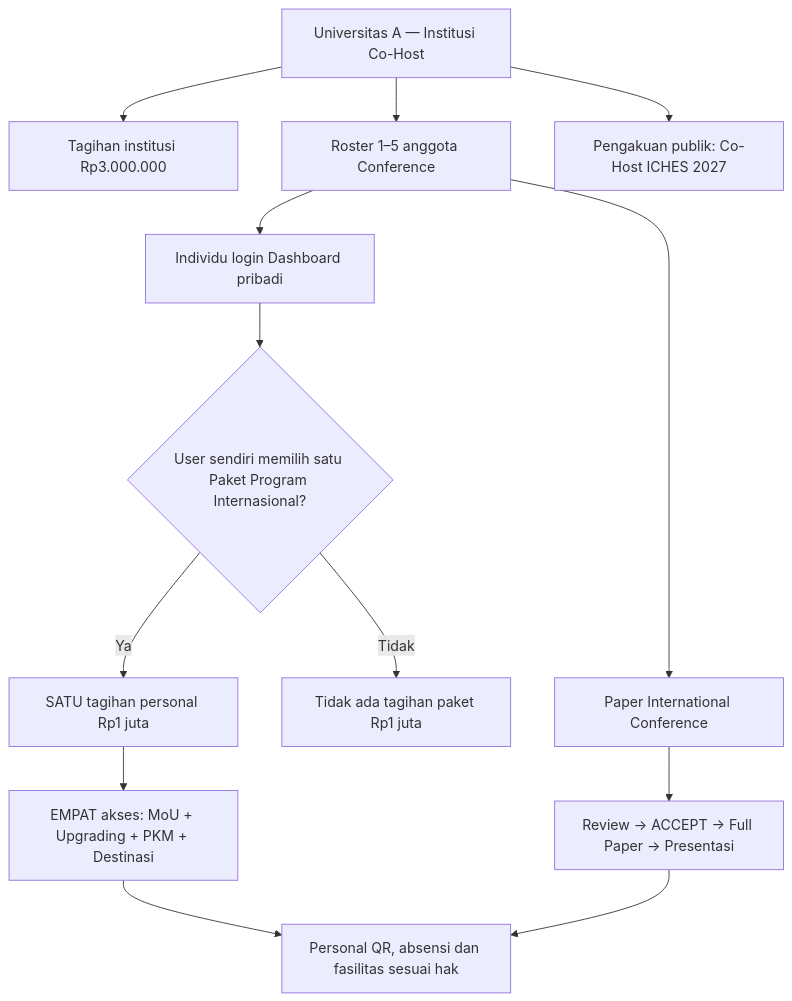
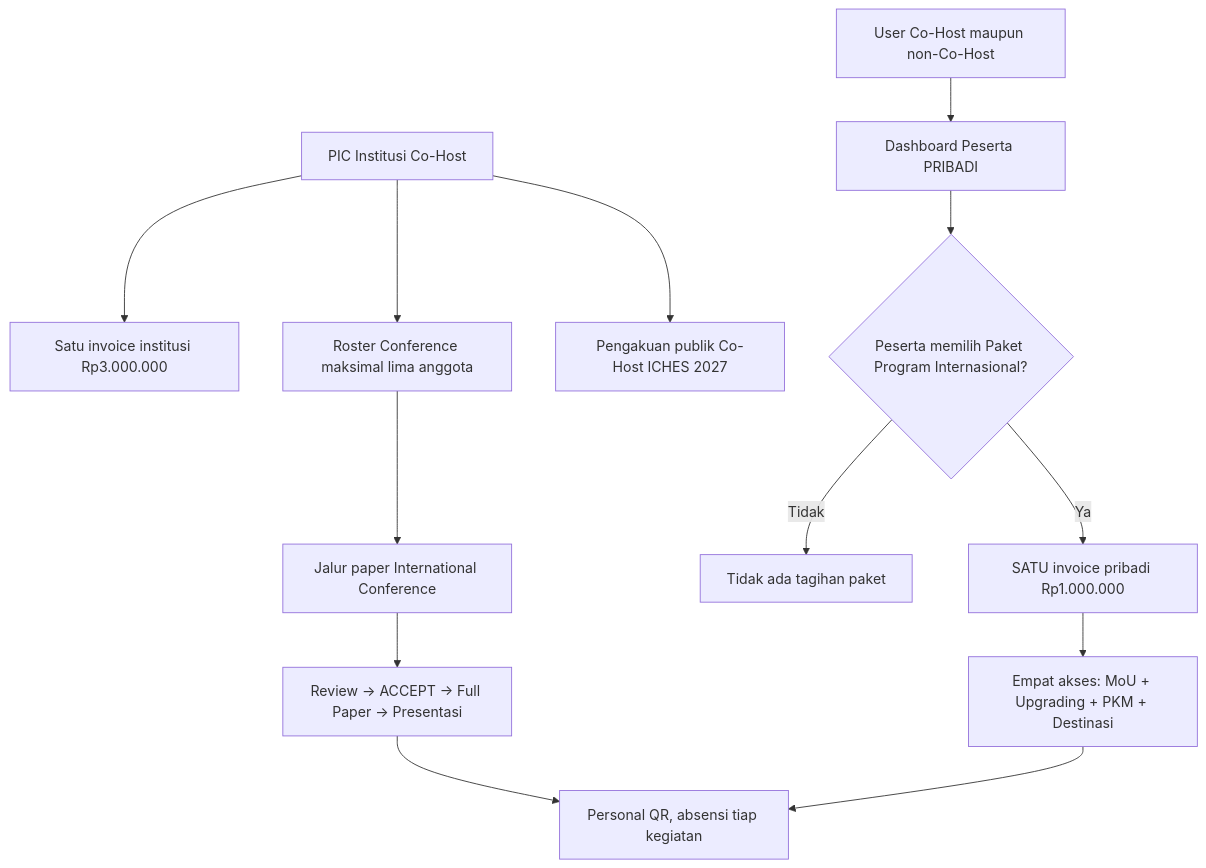
One commit to akhmadafnan/iches-unisya changed the first of 2 diagrams in docs/14-CAKUPAN-COHOST-DAN-PROGRAM-PENDAMPING.md. Above: the diagram before and after it, drawn with Mermaid.

Commit message:
docs: QA package boundary and remove stale fee/parallel-session ambiguity

````diff
--- a/docs/14-CAKUPAN-COHOST-DAN-PROGRAM-PENDAMPING.md
+++ b/docs/14-CAKUPAN-COHOST-DAN-PROGRAM-PENDAMPING.md
@@ -22,15 +22,15 @@
 ```mermaid
 flowchart TD
-  I["Universitas A — Institusi Co-Host"] --> A["Tagihan institusi Rp3.000.000"]
-  I --> R["Roster 1–5 anggota Conference"]
-  I --> BR["Pengakuan publik: Co-Host ICHES 2027"]
-  R --> P["Paper International Conference"]
-  R --> X["Individu login Dashboard pribadi"]
-  X --> Y{"User sendiri memilih satu Paket Program Internasional?"}
-  Y -->|Tidak| N["Tidak ada tagihan paket Rp1 juta"]
-  Y -->|Ya| B["SATU tagihan personal Rp1 juta"]
-  B --> E["EMPAT akses: MoU + Upgrading + PKM + Destinasi"]
+  I["PIC Institusi Co-Host"] --> A["Satu invoice institusi Rp3.000.000"]
+  I --> R["Roster Conference maksimal lima anggota"]
+  I --> BR["Pengakuan publik Co-Host ICHES 2027"]
+  R --> P["Jalur paper International Conference"]
+  U["User Co-Host maupun non-Co-Host"] --> X["Dashboard Peserta PRIBADI"]
+  X --> Y{"Peserta memilih Paket Program Internasional?"}
+  Y -->|Tidak| N["Tidak ada tagihan paket"]
+  Y -->|Ya| B["SATU invoice pribadi Rp1.000.000"]
+  B --> E["Empat akses: MoU + Upgrading + PKM + Destinasi"]
   P --> RV["Review → ACCEPT → Full Paper → Presentasi"]
-  E --> QR["Personal QR, absensi dan fasilitas sesuai hak"]
+  E --> QR["Personal QR, absensi tiap kegiatan"]
   RV --> QR
 ```
````
